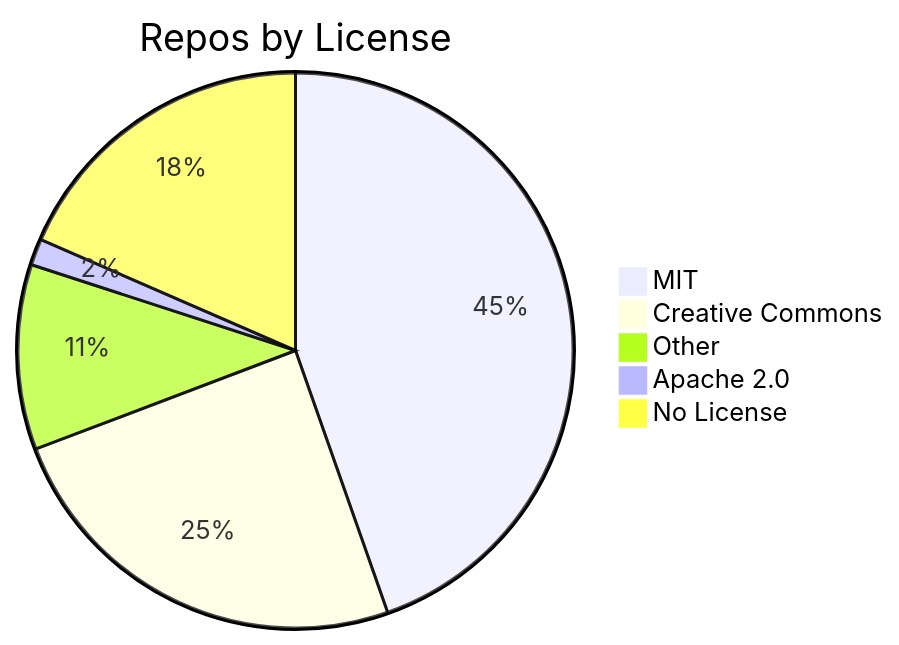
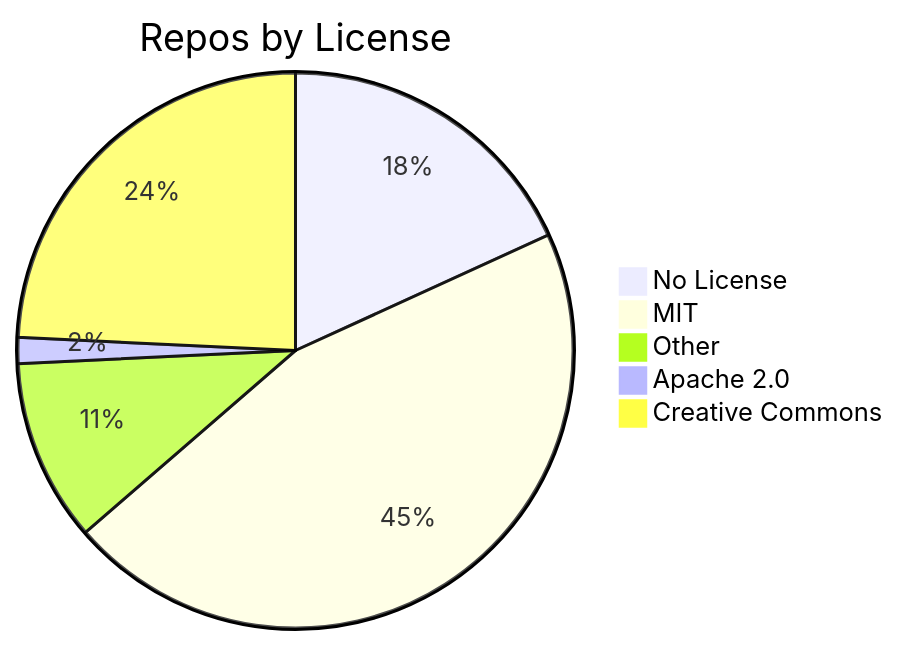
The diagram in README.md (jpatterson933/awesome-mcp-server-repo-index), drawn with Mermaid before and after one commit. The commit also changed other lines of this file and 7 other files, not shown here.

````diff
--- a/README.md
+++ b/README.md
@@ -31,8 +31,8 @@
 ```mermaid
 pie title Repos by License
-    "MIT" : 29
-    "Creative Commons" : 16
+    "No License" : 12
+    "MIT" : 30
     "Other" : 7
     "Apache 2.0" : 1
-    "No License" : 12
+    "Creative Commons" : 16
 ```
````
